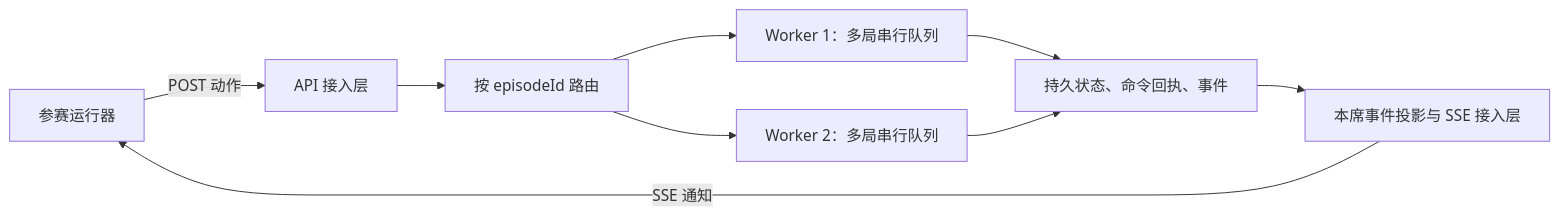
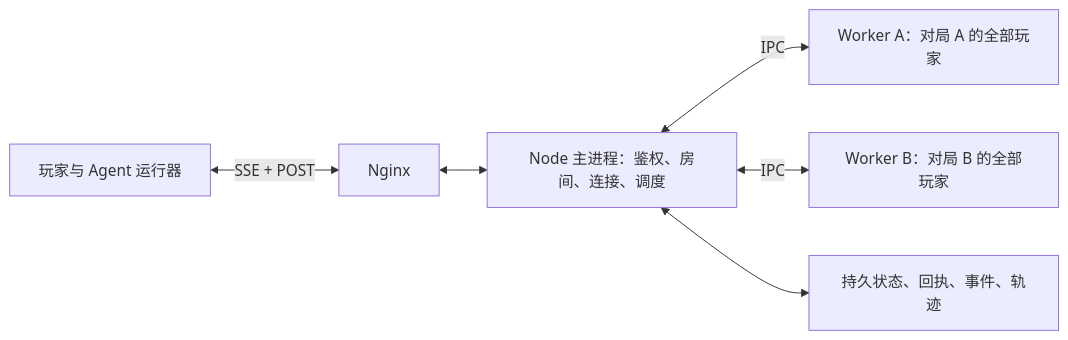
The third of 3 diagrams in docs/agent-session-design.md (neutralino-ai/coop-bench), drawn with Mermaid before and after one commit. The commit also changed other lines of this file and 3 other files, not shown here.

Commit message:
Define one dedicated Node worker per game session

````diff
--- a/docs/agent-session-design.md
+++ b/docs/agent-session-design.md
@@ -326,11 +326,8 @@
 ```mermaid
 flowchart LR
-  Runtime[参赛运行器] -->|POST 动作| Gateway[API 接入层]
-  Gateway --> Router[按 episodeId 路由]
-  Router --> W1[Worker 1：多局串行队列]
-  Router --> W2[Worker 2：多局串行队列]
-  W1 --> Store[持久状态、命令回执、事件]
-  W2 --> Store
-  Store --> Delivery[本席事件投影与 SSE 接入层]
-  Delivery -->|SSE 通知| Runtime
+  Runtime[玩家与 Agent 运行器] <-->|SSE + POST| Nginx[Nginx]
+  Nginx <--> Main[Node 主进程：鉴权、房间、连接、调度]
+  Main <-->|IPC| W1[Worker A：对局 A 的全部玩家]
+  Main <-->|IPC| W2[Worker B：对局 B 的全部玩家]
+  Main <--> Store[持久状态、回执、事件、轨迹]
 ```
````
